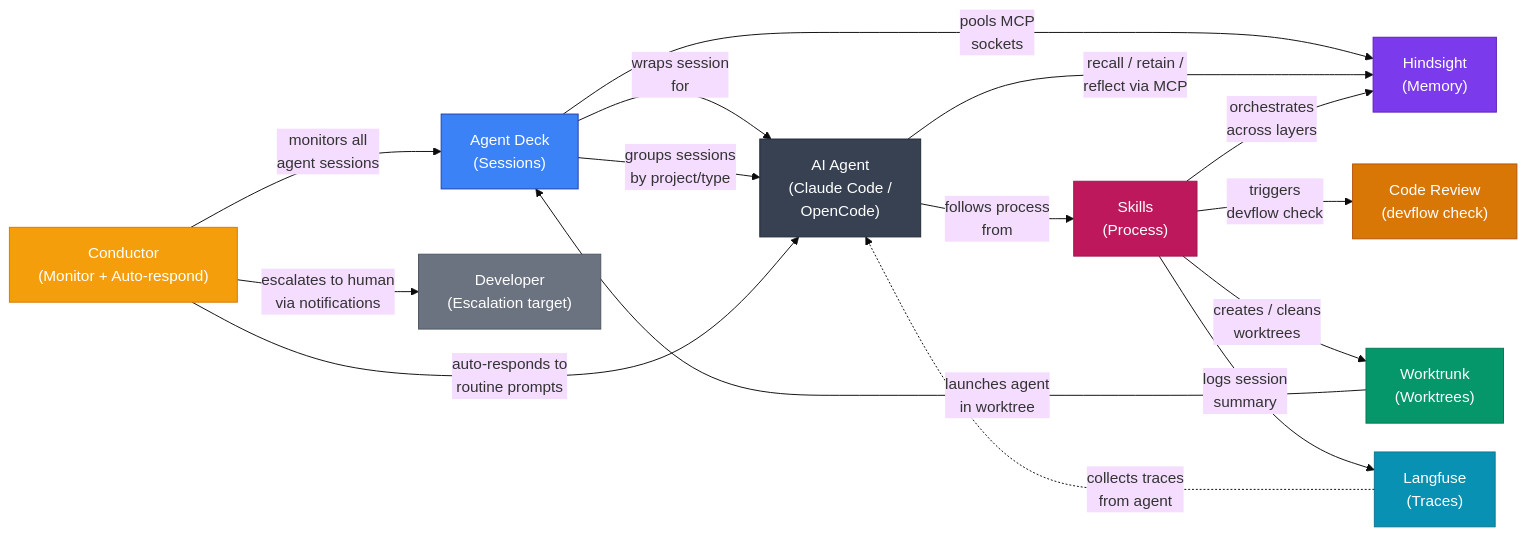
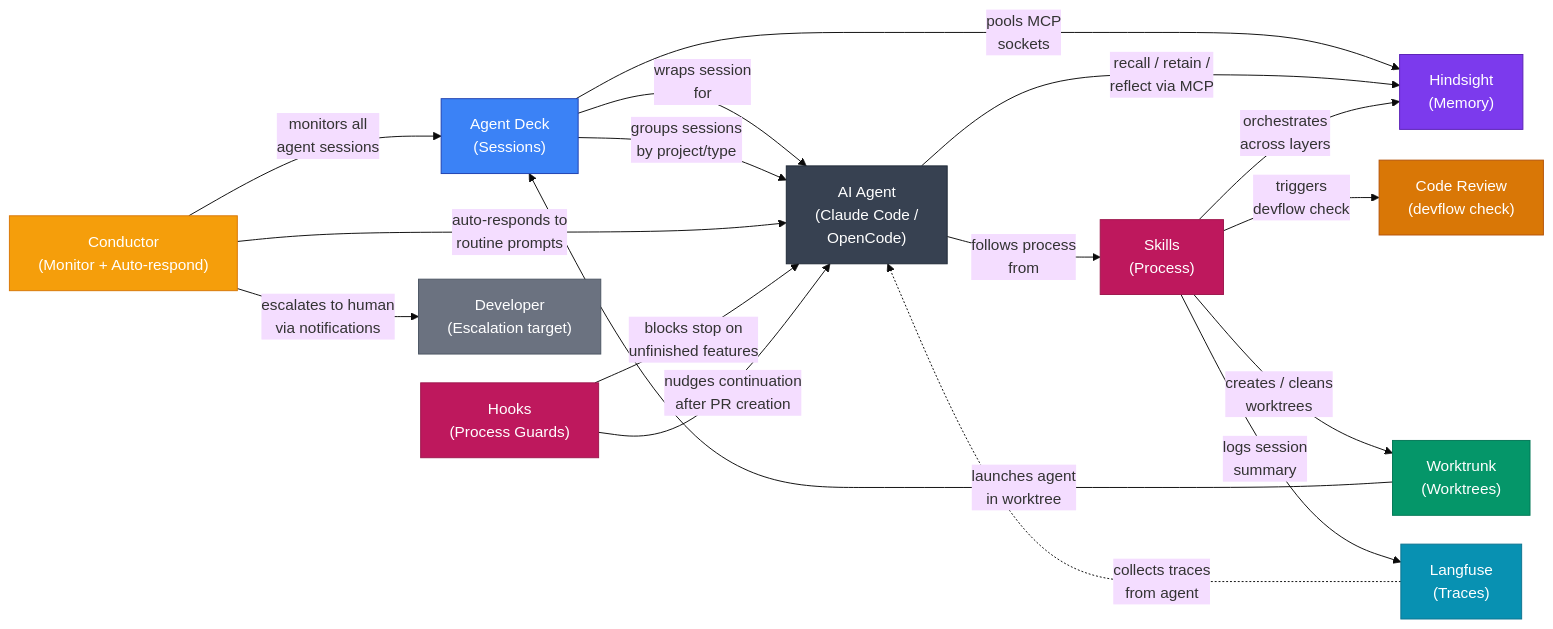
The second of 3 diagrams in visualizations/architecture/devflow-ecosystem.md (AndreJorgeLopes/devflow), drawn with Mermaid (base theme) before and after one commit. The commit also changed other lines of this file and 3 other files, not shown here.

First line of the commit message:
docs: update visualizations for hooks architecture and viz check step

````diff
--- a/visualizations/architecture/devflow-ecosystem.md
+++ b/visualizations/architecture/devflow-ecosystem.md
@@ -101,48 +104,51 @@
 ```mermaid
 %%{init: {'flowchart': {'rankSpacing': 50, 'nodeSpacing': 30, 'diagramPadding': 15}}}%%
 graph LR
     AD["Agent Deck<br/>(Sessions)"]
     COND["Conductor<br/>(Monitor + Auto-respond)"]
     HS["Hindsight<br/>(Memory)"]
     WT["Worktrunk<br/>(Worktrees)"]
     CR["Code Review<br/>(devflow check)"]
     SK["Skills<br/>(Process)"]
     LF["Langfuse<br/>(Traces)"]
+    HK["Hooks<br/>(Process Guards)"]
     AGENT["AI Agent<br/>(Claude Code /<br/>OpenCode)"]
     HUMAN["Developer<br/>(Escalation target)"]
 
     WT -->|"launches agent<br/>in worktree"| AD
     AD -->|"pools MCP<br/>sockets"| HS
     AD -->|"wraps session<br/>for"| AGENT
     AD -->|"groups sessions<br/>by project/type"| AGENT
     COND -->|"monitors all<br/>agent sessions"| AD
     COND -->|"auto-responds to<br/>routine prompts"| AGENT
     COND -->|"escalates to human<br/>via notifications"| HUMAN
     AGENT -->|"recall / retain /<br/>reflect via MCP"| HS
     AGENT -->|"follows process<br/>from"| SK
     SK -->|"orchestrates<br/>across layers"| HS
     SK -->|"triggers<br/>devflow check"| CR
     SK -->|"creates / cleans<br/>worktrees"| WT
     SK -->|"logs session<br/>summary"| LF
+    HK -->|"blocks stop on<br/>unfinished features"| AGENT
+    HK -->|"nudges continuation<br/>after PR creation"| AGENT
     LF -.->|"collects traces<br/>from agent"| AGENT
 
     classDef hindsightStyle fill:#7c3aed,color:#fff,stroke:#5b21b6
     classDef agentDeckStyle fill:#3b82f6,color:#fff,stroke:#1e40af
     classDef worktrunkStyle fill:#059669,color:#fff,stroke:#047857
     classDef reviewStyle fill:#d97706,color:#fff,stroke:#b45309
     classDef skillsStyle fill:#be185d,color:#fff,stroke:#9d174d
     classDef langfuseStyle fill:#0891b2,color:#fff,stroke:#0e7490
     classDef agentStyle fill:#374151,color:#fff,stroke:#1f2937
     classDef conductorStyle fill:#f59e0b,color:#fff,stroke:#d97706
     classDef humanStyle fill:#6b7280,color:#fff,stroke:#4b5563
 
     class HS hindsightStyle
     class AD agentDeckStyle
     class WT worktrunkStyle
     class CR reviewStyle
-    class SK skillsStyle
+    class SK,HK skillsStyle
     class LF langfuseStyle
     class AGENT agentStyle
     class COND conductorStyle
     class HUMAN humanStyle
 ```
````
